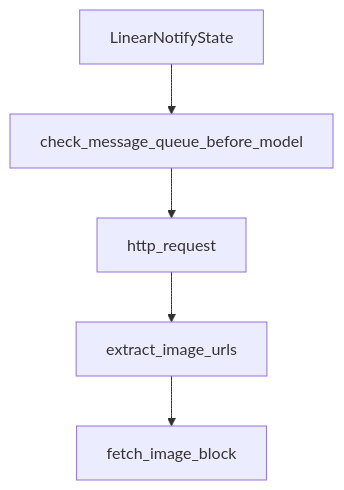
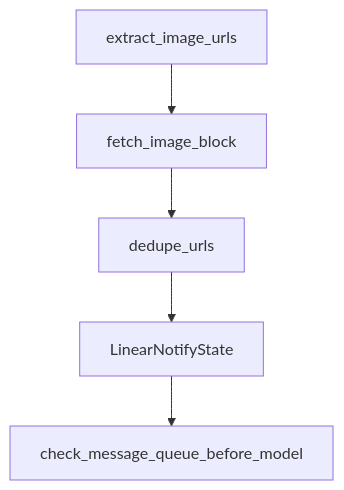
One commit to johnxie/awesome-code-docs changed the diagram in tutorials/open-swe-tutorial/08-contribution-legacy-support-and-next-steps.md. Above: the diagram before and after it, drawn with Mermaid. The commit also changed other lines of this file and 1232 other files, not shown here.

````diff
--- a/tutorials/open-swe-tutorial/08-contribution-legacy-support-and-next-steps.md
+++ b/tutorials/open-swe-tutorial/08-contribution-legacy-support-and-next-steps.md
@@ -213,12 +211,12 @@
 ```mermaid
 flowchart TD
-    A[LinearNotifyState]
-    B[check_message_queue_before_model]
-    C[http_request]
-    D[extract_image_urls]
-    E[fetch_image_block]
+    A[extract_image_urls]
+    B[fetch_image_block]
+    C[dedupe_urls]
+    D[LinearNotifyState]
+    E[check_message_queue_before_model]
     A --> B
     B --> C
     C --> D
     D --> E
 ```
````
